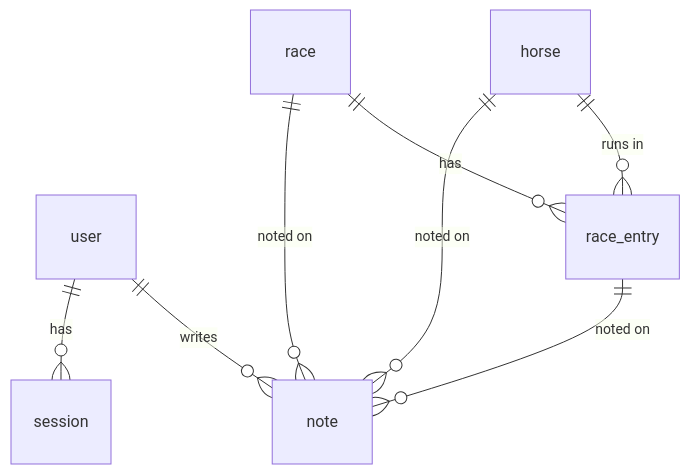
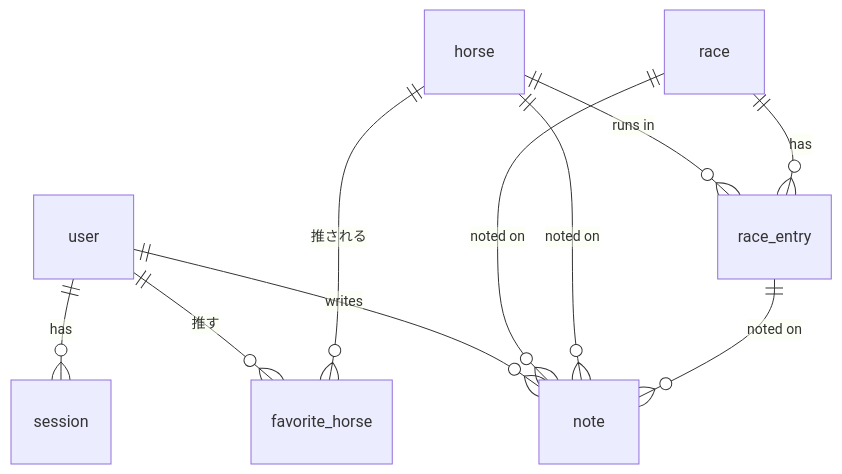
The diagram in docs/product.md (Atoyr/keiba-note), drawn with Mermaid before and after one commit. The commit also changed other lines of this file and 22 other files, not shown here.

````diff
--- a/docs/product.md
+++ b/docs/product.md
@@ -340,10 +341,12 @@
 ```mermaid
 erDiagram
     user ||--o{ note : writes
     user ||--o{ session : has
     horse ||--o{ race_entry : "runs in"
     race  ||--o{ race_entry : has
     race  ||--o{ note : "noted on"
     horse ||--o{ note : "noted on"
     race_entry ||--o{ note : "noted on"
+    user ||--o{ favorite_horse : "推す"
+    horse ||--o{ favorite_horse : "推される"
 ```
````
